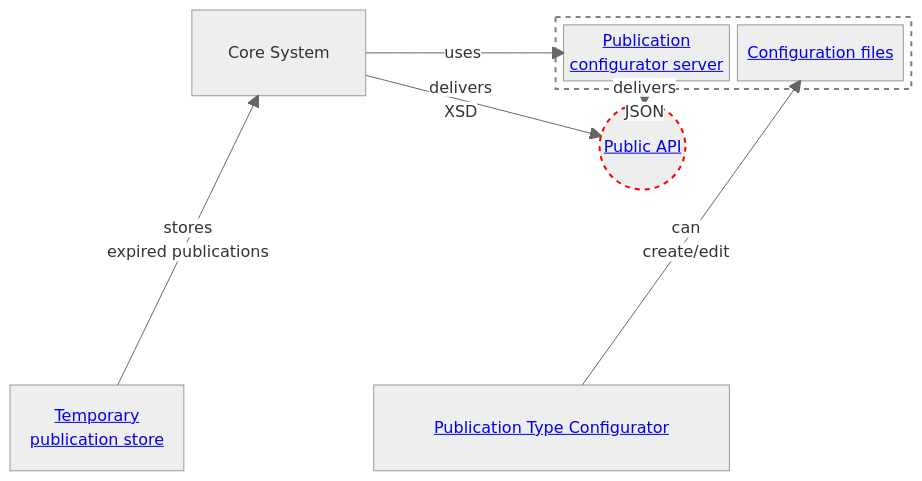
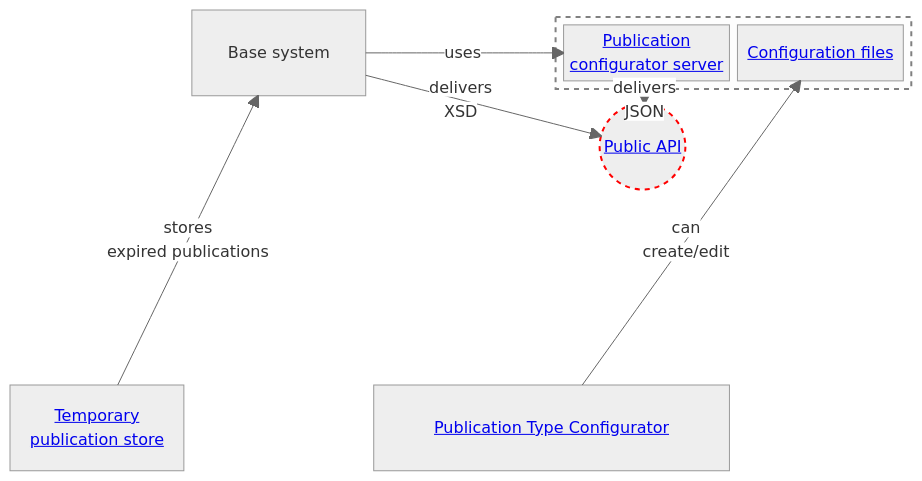
One commit to officialgazette/big-picture changed the diagram in README.md. Above: the diagram before and after it, drawn with Mermaid. The commit also changed other lines of this file, not shown here.

````diff
--- a/README.md
+++ b/README.md
@@ -29,42 +29,42 @@
 ```mermaid
 
 %%{
   init: {
     'theme': 'neutral'
   }
 }%%
 
 block-beta
 columns 4
 
 space
-  core["Core System"] space
+  core["Base system"] space
 block:scope:2
 configServer["<a href='https://github.com/officialgazette/publication-configurator-server'>Publication
 configurator server</a>"]
 termsConfig["<a href='https://github.com/officialgazette/publication-standard'>Configuration files</a>"]
 end
 space:3
 api(("<a href='https://amtsblattportal.ch/docs/api'>Public API</a>"))
 space:8
 tempStore["<a href='https://github.com/officialgazette/temp-publication-store'>Temporary
 publication store</a>"]
 space
 
 Config["<a href='https://github.com/officialgazette/publication-configurator'>Publication Type Configurator</a>"]:2
 
 
 Config--"can
 create/edit"-->termsConfig
 core--"uses"-->configServer
 tempStore--"stores
 expired publications"-->core
 core--"delivers
 XSD"-->api
 configServer--"delivers
 JSON"-->api
 
 
 style scope stroke:grey,stroke-width:2px,color:#fff,stroke-dasharray: 5 5
 style api stroke:red,stroke-width:2px,color:grey,stroke-dasharray: 5 5
 ```
````
